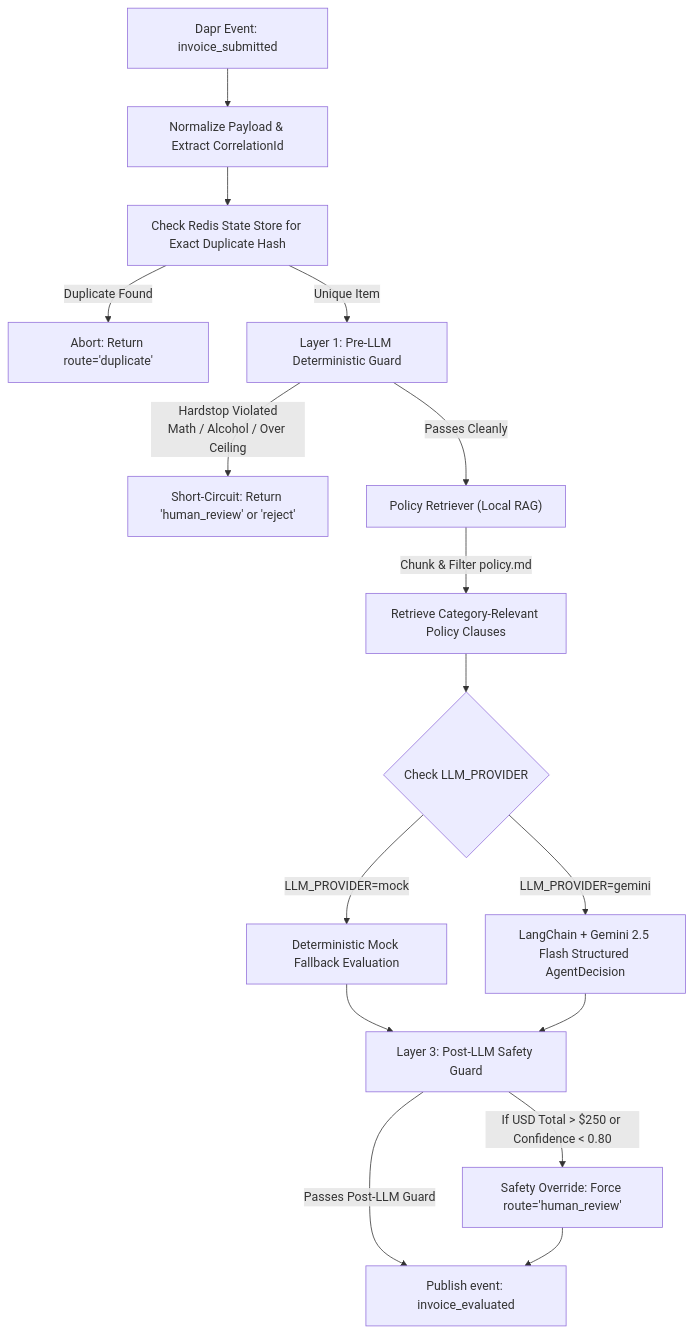
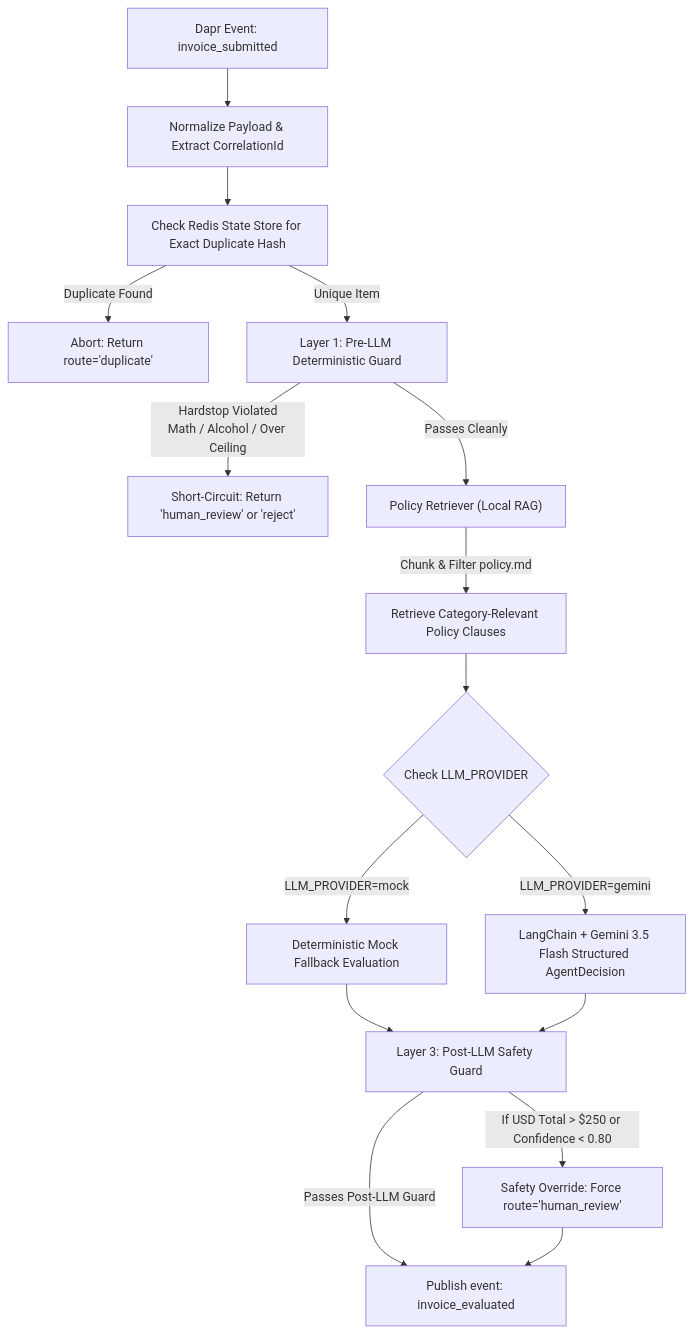
Before and after one commit to MEISTER97/ApprovalFlow: the second of 4 diagrams in ARCHITECTURE.md, drawn with Mermaid. The commit also changed other lines of this file, not shown here.

````diff
--- a/ARCHITECTURE.md
+++ b/ARCHITECTURE.md
@@ -61,24 +61,24 @@
 ```mermaid
 flowchart TD
     A["Dapr Event: invoice_submitted"] --> B["Normalize Payload & Extract CorrelationId"]
     B --> C["Check Redis State Store for Exact Duplicate Hash"]
     C -->|Duplicate Found| D["Abort: Return route='duplicate'"]
     C -->|Unique Item| E["Layer 1: Pre-LLM Deterministic Guard"]
     
     E -->|Hardstop Violated<br>Math / Alcohol / Over Ceiling| F["Short-Circuit: Return 'human_review' or 'reject'"]
     E -->|Passes Cleanly| G["Policy Retriever (Local RAG)"]
     
     G -->|Chunk & Filter policy.md| H["Retrieve Category-Relevant Policy Clauses"]
     H --> I{"Check LLM_PROVIDER"}
     
     I -->|LLM_PROVIDER=mock| J["Deterministic Mock Fallback Evaluation"]
-    I -->|LLM_PROVIDER=gemini| K["LangChain + Gemini 2.5 Flash Structured AgentDecision"]
+    I -->|LLM_PROVIDER=gemini| K["LangChain + Gemini 3.5 Flash Structured AgentDecision"]
     
     J --> L["Layer 3: Post-LLM Safety Guard"]
     K --> L
     
     L -->|If USD Total > $250 or Confidence < 0.80| M["Safety Override: Force route='human_review'"]
     L -->|Passes Post-LLM Guard| N["Publish event: invoice_evaluated"]
     M --> N
 
 ```
````
